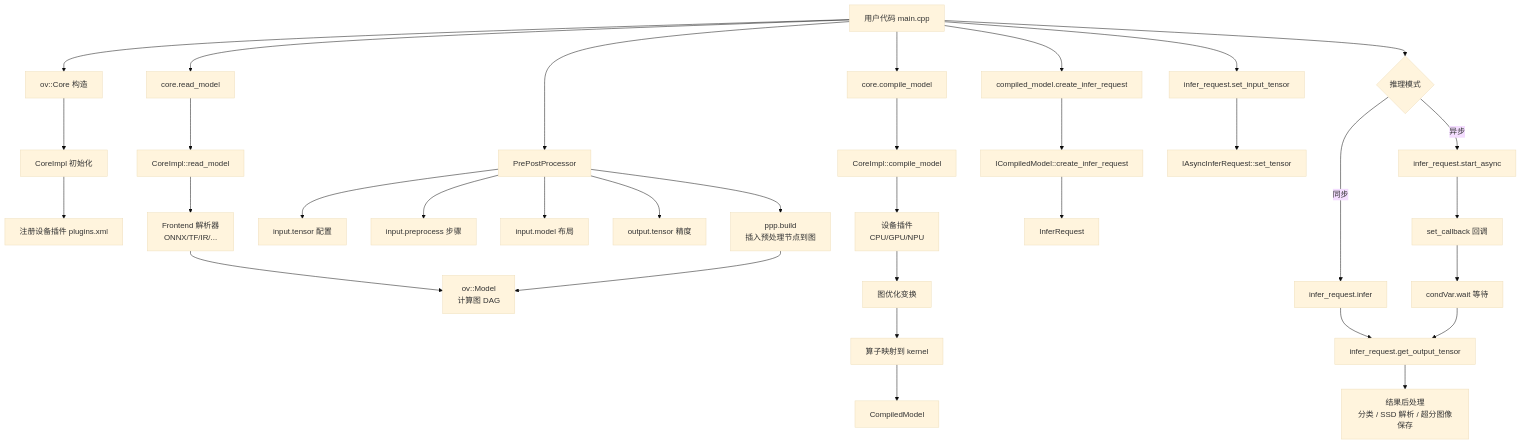
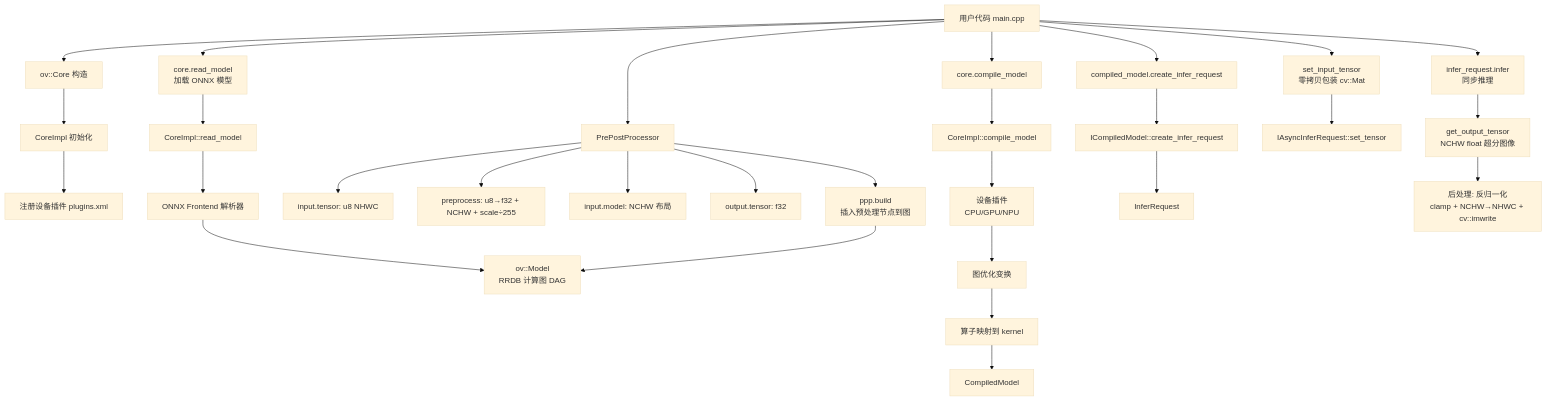
The first of 2 diagrams in research.md (hongbolv/openvino), drawn with Mermaid (base theme) before and after one commit. The commit also changed other lines of this file, not shown here.

````diff
--- a/research.md
+++ b/research.md
@@ -956,43 +576,37 @@
 ```mermaid
 graph TD
     A[用户代码 main.cpp] --> B[ov::Core 构造]
     B --> B1[CoreImpl 初始化]
     B1 --> B2[注册设备插件 plugins.xml]
 
-    A --> C[core.read_model]
+    A --> C[core.read_model<br/>加载 ONNX 模型]
     C --> C1[CoreImpl::read_model]
-    C1 --> C2[Frontend 解析器<br/>ONNX/TF/IR/...]
-    C2 --> C3[ov::Model<br/>计算图 DAG]
+    C1 --> C2[ONNX Frontend 解析器]
+    C2 --> C3[ov::Model<br/>RRDB 计算图 DAG]
 
     A --> D[PrePostProcessor]
-    D --> D1[input.tensor 配置]
-    D --> D2[input.preprocess 步骤]
-    D --> D3[input.model 布局]
-    D --> D4[output.tensor 精度]
+    D --> D1[input.tensor: u8 NHWC]
+    D --> D2[preprocess: u8→f32 + NCHW + scale÷255]
+    D --> D3[input.model: NCHW 布局]
+    D --> D4[output.tensor: f32]
     D --> D5[ppp.build<br/>插入预处理节点到图]
     D5 --> C3
 
     A --> E[core.compile_model]
     E --> E1[CoreImpl::compile_model]
     E1 --> E2[设备插件<br/>CPU/GPU/NPU]
     E2 --> E3[图优化变换]
     E3 --> E4[算子映射到 kernel]
     E4 --> E5[CompiledModel]
 
     A --> F[compiled_model.create_infer_request]
     F --> F1[ICompiledModel::create_infer_request]
     F1 --> F2[InferRequest]
 
-    A --> G[infer_request.set_input_tensor]
+    A --> G[set_input_tensor<br/>零拷贝包装 cv::Mat]
     G --> G1[IAsyncInferRequest::set_tensor]
 
-    A --> H{推理模式}
-    H -->|同步| I[infer_request.infer]
-    H -->|异步| J[infer_request.start_async]
-    J --> J1[set_callback 回调]
-    J1 --> J2[condVar.wait 等待]
-
-    I --> K[infer_request.get_output_tensor]
-    J2 --> K
-    K --> L[结果后处理<br/>分类 / SSD 解析 / 超分图像保存]
+    A --> I[infer_request.infer<br/>同步推理]
+    I --> K[get_output_tensor<br/>NCHW float 超分图像]
+    K --> L[后处理: 反归一化<br/>clamp + NCHW→NHWC + cv::imwrite]
 ```
````
